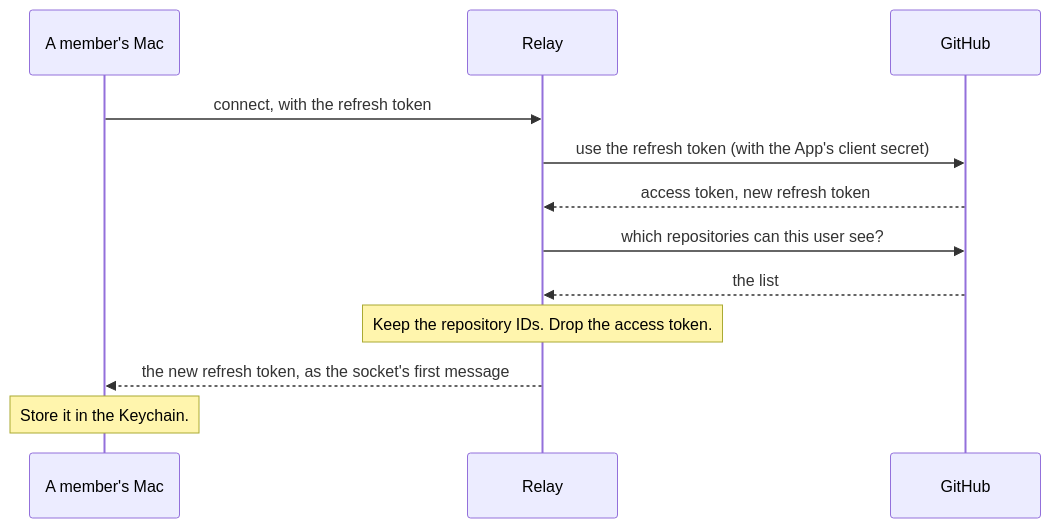
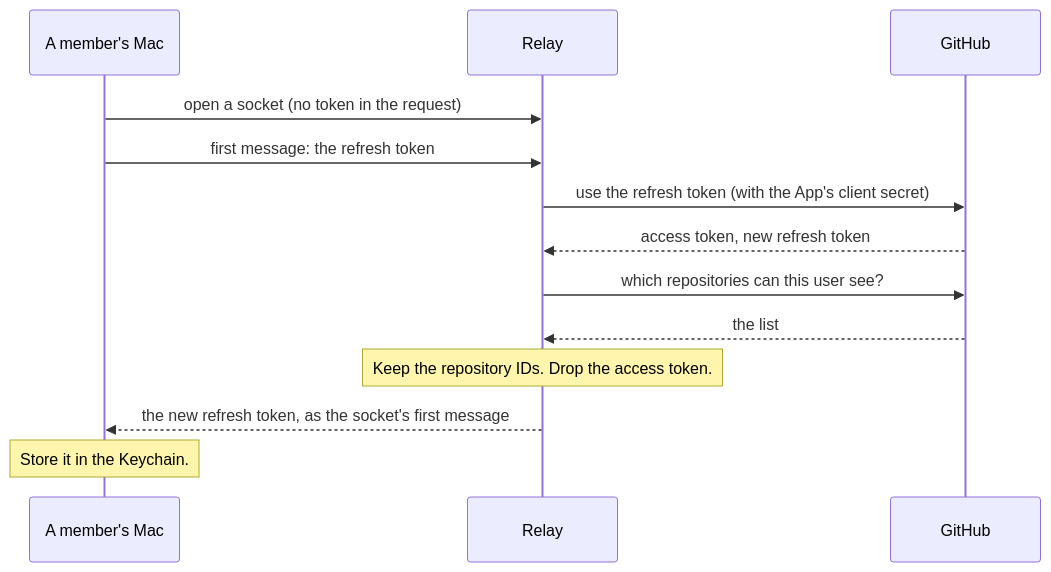
One commit to bojanrajkovic/hermes changed the third of 4 diagrams in plans/relay-privacy.md. Above: the diagram before and after it, drawn with Mermaid. The commit also changed other lines of this file and 13 other files, not shown here.

````diff
--- a/plans/relay-privacy.md
+++ b/plans/relay-privacy.md
@@ -109,14 +109,15 @@
 ```mermaid
 sequenceDiagram
     participant M as A member's Mac
     participant R as Relay
     participant G as GitHub
-    M->>R: connect, with the refresh token
+    M->>R: open a socket (no token in the request)
+    M->>R: first message: the refresh token
     R->>G: use the refresh token (with the App's client secret)
     G-->>R: access token, new refresh token
     R->>G: which repositories can this user see?
     G-->>R: the list
     Note over R: Keep the repository IDs. Drop the access token.
     R-->>M: the new refresh token, as the socket's first message
     Note over M: Store it in the Keychain.
 ```
````
